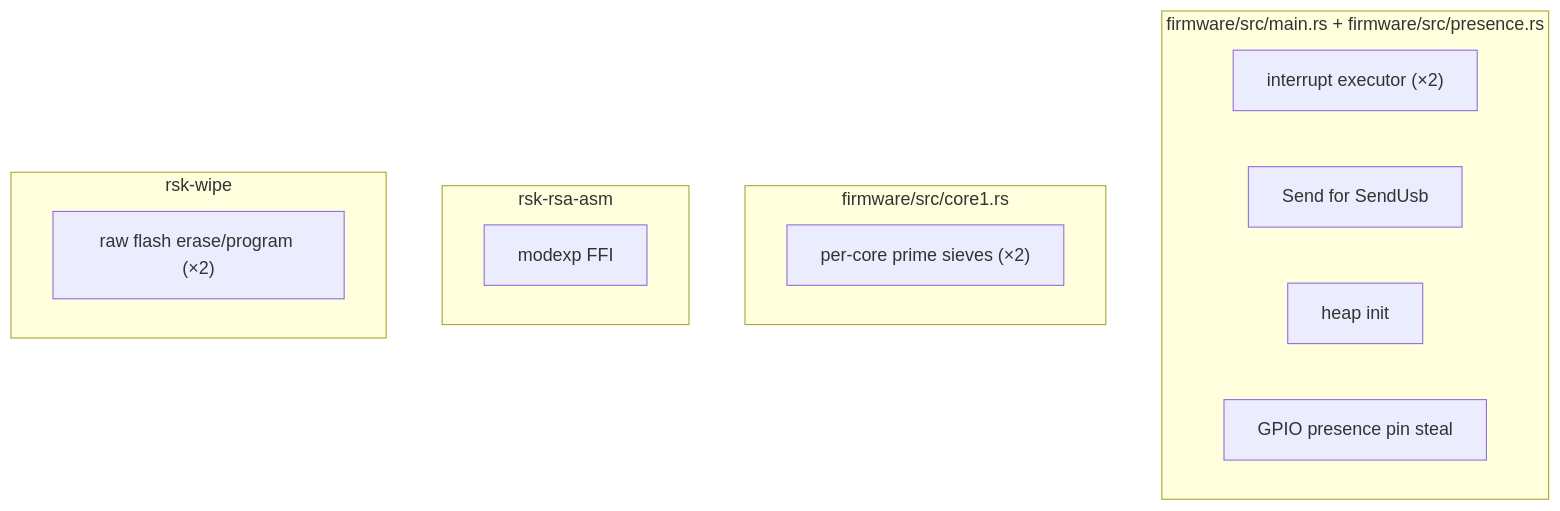
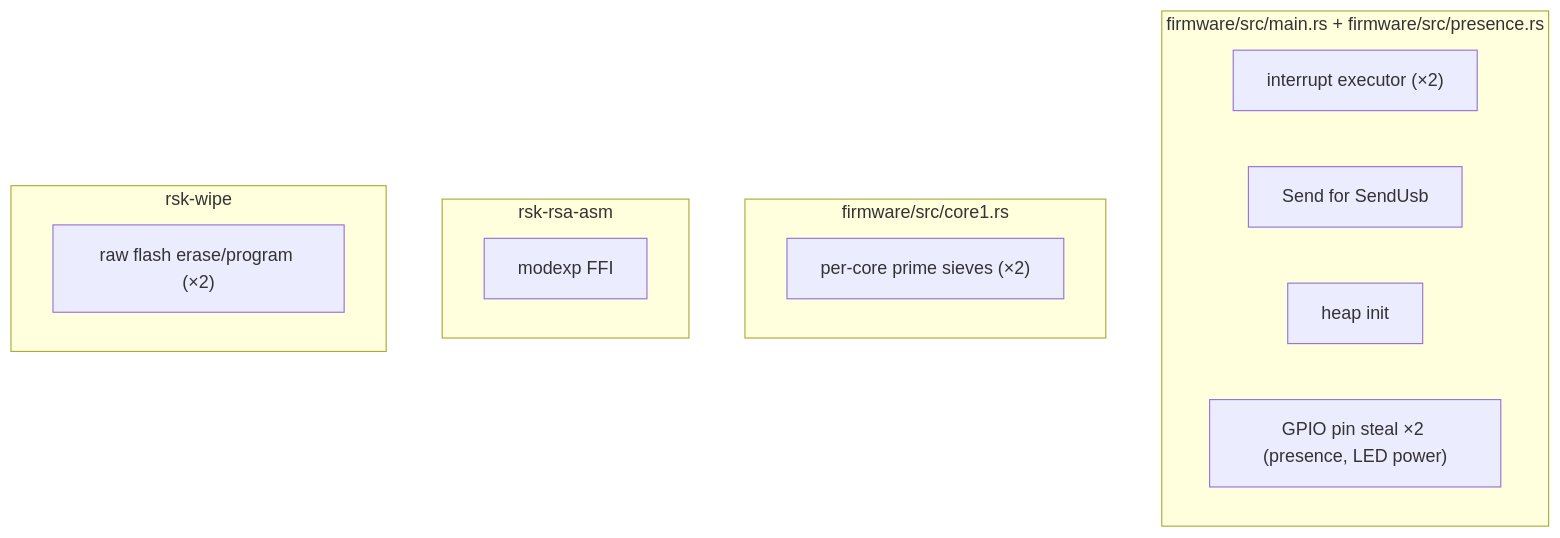
One commit to lockedmutex/RS-Key changed the diagram in docs/unsafe.md. Above: the diagram before and after it, drawn with Mermaid. The commit also changed other lines of this file and 5 other files, not shown here.

First line of the commit message:
feat(led): drive an optional LED_POWER_PIN high to power gated LED rails

````diff
--- a/docs/unsafe.md
+++ b/docs/unsafe.md
@@ -14,18 +16,18 @@
 ```mermaid
 flowchart TB
     subgraph fw["firmware/src/main.rs + firmware/src/presence.rs"]
       a["interrupt executor (×2)"]
       b["Send for SendUsb"]
       c["heap init"]
-      d["GPIO presence pin steal"]
+      d["GPIO pin steal ×2 (presence, LED power)"]
     end
     subgraph kg["firmware/src/core1.rs"]
       e["per-core prime sieves (×2)"]
     end
     subgraph asm["rsk-rsa-asm"]
       f["modexp FFI"]
     end
     subgraph wipe["rsk-wipe"]
       g["raw flash erase/program (×2)"]
     end
 ```
````
